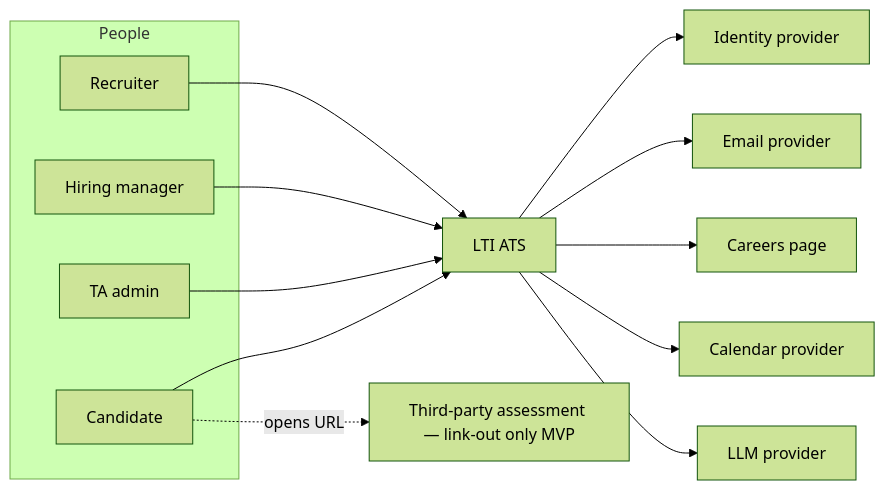
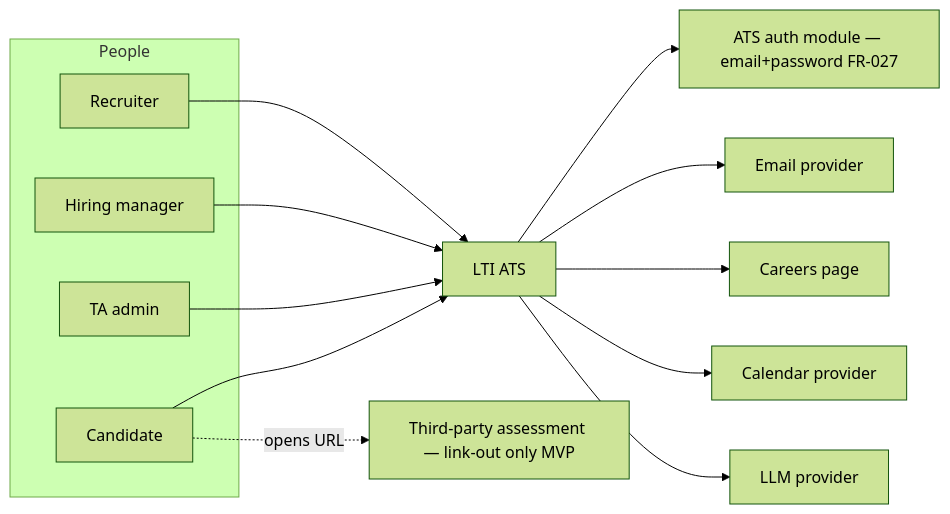
Before and after one commit to icsanabriar/AI4Devs-design-2-202602-Seniors: the sixth of 8 diagrams in LTI-ICS/LTI-ICS.md, drawn with Mermaid (forest theme). The commit also changed other lines of this file and 2 other files, not shown here.

````diff
--- a/LTI-ICS/LTI-ICS.md
+++ b/LTI-ICS/LTI-ICS.md
@@ -436,26 +442,26 @@
 ```mermaid
 flowchart LR
   subgraph People
     REC[Recruiter]
     HM[Hiring manager]
     ADM[TA admin]
     CAN[Candidate]
   end
   SYS[LTI ATS]
-  IDP[Identity provider]
+  IDP[ATS auth module — email+password FR-027]
   EMAIL[Email provider]
   CAREERS[Careers page]
   CAL[Calendar provider]
   ASMT_EXT[Third-party assessment — link-out only MVP]
   LLM[LLM provider]
   REC --> SYS
   HM --> SYS
   ADM --> SYS
   CAN --> SYS
   SYS --> IDP
   SYS --> EMAIL
   SYS --> CAREERS
   SYS --> CAL
   CAN -.->|opens URL| ASMT_EXT
   SYS --> LLM
 ```
````
